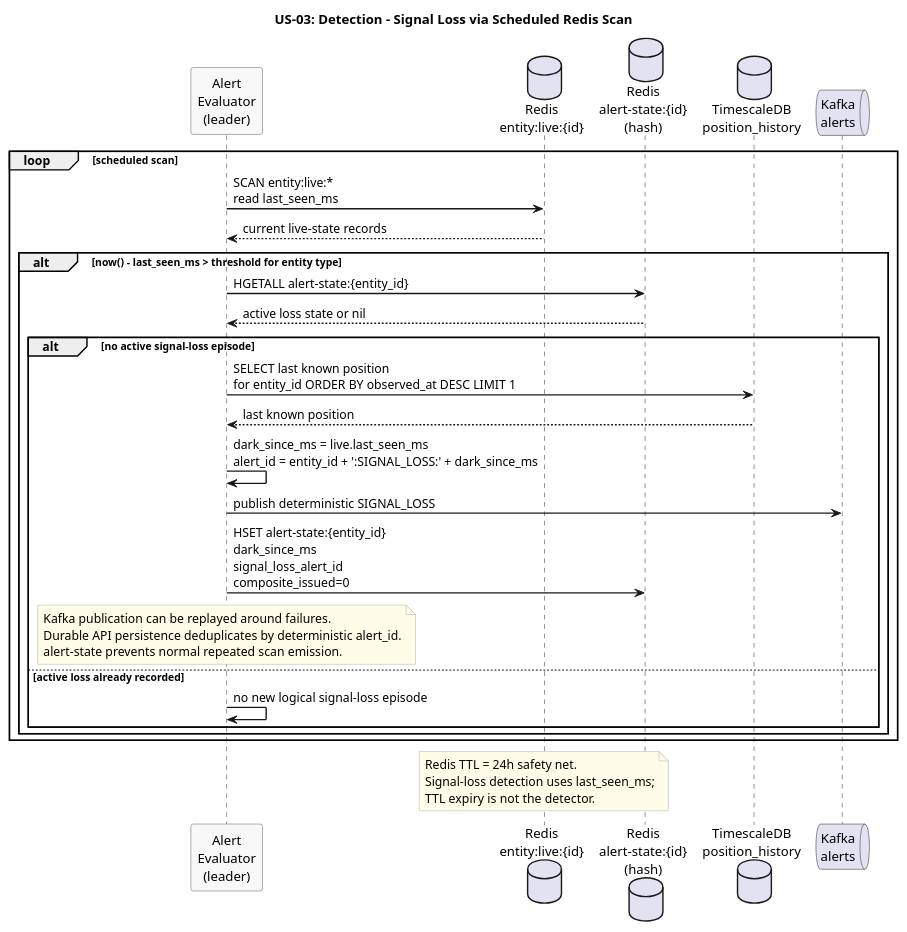
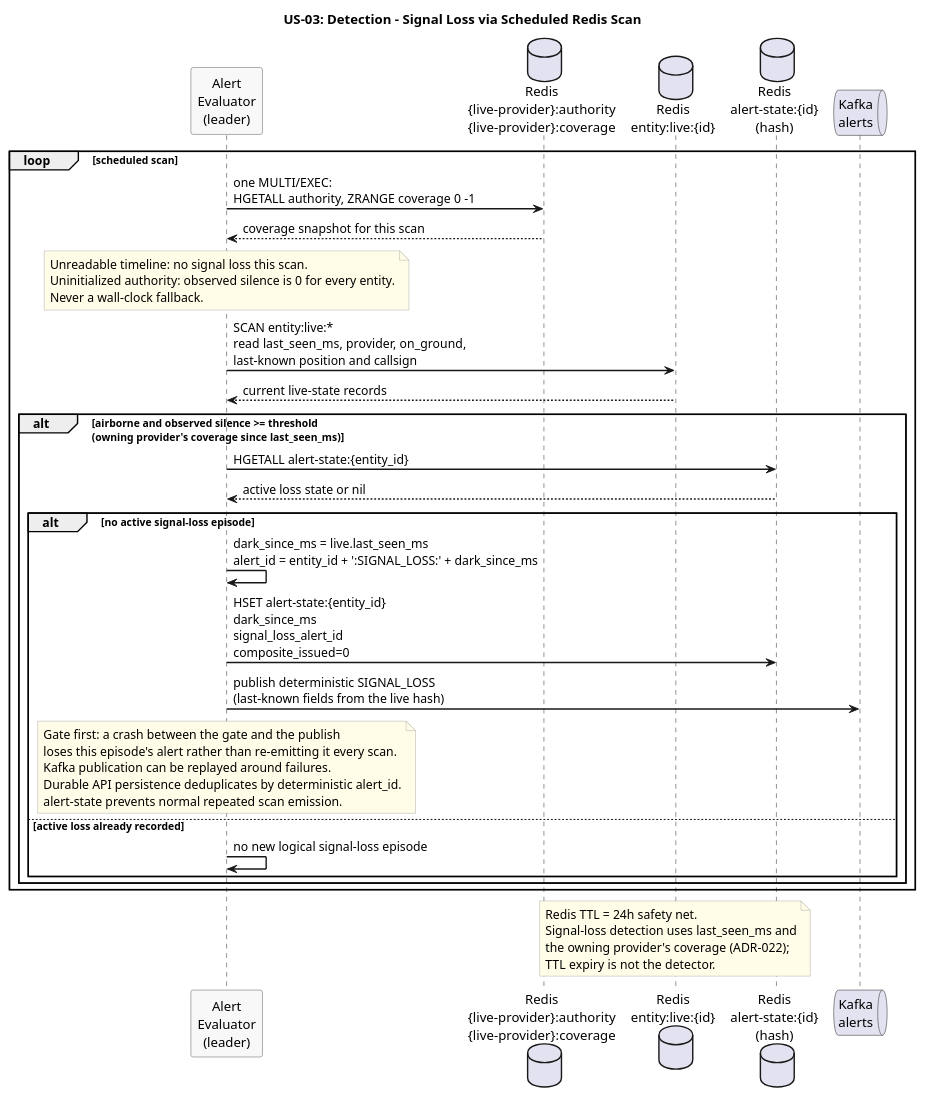
The diagram in docs/use-cases/US-03-signal-loss-alert/detection.puml (Buffden/sentinel), drawn with PlantUML before and after one commit. The commit also changed 11 other files, not shown here.

Commit message:
Use provider coverage for signal-loss timing

```diff
--- a/docs/use-cases/US-03-signal-loss-alert/detection.puml
+++ b/docs/use-cases/US-03-signal-loss-alert/detection.puml
@@ -1,49 +1,58 @@
 @startuml detection
 title US-03: Detection - Signal Loss via Scheduled Redis Scan
 
 skinparam sequenceArrowThickness 1.5
 skinparam participantBorderColor #555555
 skinparam participantBackgroundColor #F8F8F8
 skinparam noteBorderColor #AAAAAA
 skinparam noteBackgroundColor #FFFDE7
 
 participant "Alert\nEvaluator\n(leader)" as Evaluator
+database "Redis\n{live-provider}:authority\n{live-provider}:coverage" as Timeline
 database "Redis\nentity:live:{id}" as LiveState
 database "Redis\nalert-state:{id}\n(hash)" as AlertState
-database "TimescaleDB\nposition_history" as TSDB
 queue "Kafka\nalerts" as Kafka
 
 loop scheduled scan
-  Evaluator -> LiveState : SCAN entity:live:*\nread last_seen_ms
+  Evaluator -> Timeline : one MULTI/EXEC:\nHGETALL authority, ZRANGE coverage 0 -1
+  Timeline --> Evaluator : coverage snapshot for this scan
+
+  note over Evaluator
+    Unreadable timeline: no signal loss this scan.
+    Uninitialized authority: observed silence is 0 for every entity.
+    Never a wall-clock fallback.
+  end note
+
+  Evaluator -> LiveState : SCAN entity:live:*\nread last_seen_ms, provider, on_ground,\nlast-known position and callsign
   LiveState --> Evaluator : current live-state records
 
-  alt now() - last_seen_ms > threshold for entity type
+  alt airborne and observed silence >= threshold\n(owning provider's coverage since last_seen_ms)
     Evaluator -> AlertState : HGETALL alert-state:{entity_id}
     AlertState --> Evaluator : active loss state or nil
 
     alt no active signal-loss episode
-      Evaluator -> TSDB : SELECT last known position\nfor entity_id ORDER BY observed_at DESC LIMIT 1
-      TSDB --> Evaluator : last known position
-
       Evaluator -> Evaluator : dark_since_ms = live.last_seen_ms\nalert_id = entity_id + ':SIGNAL_LOSS:' + dark_since_ms
-      Evaluator -> Kafka : publish deterministic SIGNAL_LOSS
       Evaluator -> AlertState : HSET alert-state:{entity_id}\ndark_since_ms\nsignal_loss_alert_id\ncomposite_issued=0
+      Evaluator -> Kafka : publish deterministic SIGNAL_LOSS\n(last-known fields from the live hash)
 
       note over Evaluator
+        Gate first: a crash between the gate and the publish
+        loses this episode's alert rather than re-emitting it every scan.
         Kafka publication can be replayed around failures.
         Durable API persistence deduplicates by deterministic alert_id.
         alert-state prevents normal repeated scan emission.
       end note
     else active loss already recorded
       Evaluator -> Evaluator : no new logical signal-loss episode
     end
   end
 end
 
 note over LiveState
   Redis TTL = 24h safety net.
-  Signal-loss detection uses last_seen_ms;
+  Signal-loss detection uses last_seen_ms and
+  the owning provider's coverage (ADR-022);
   TTL expiry is not the detector.
 end note
 
 @enduml
```
